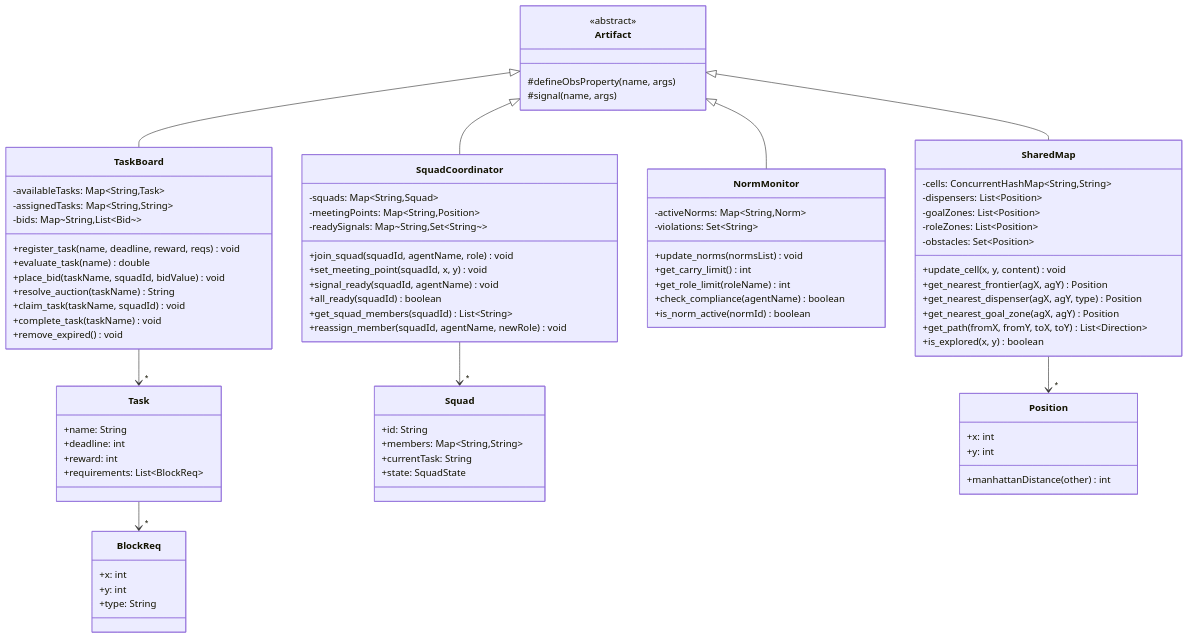
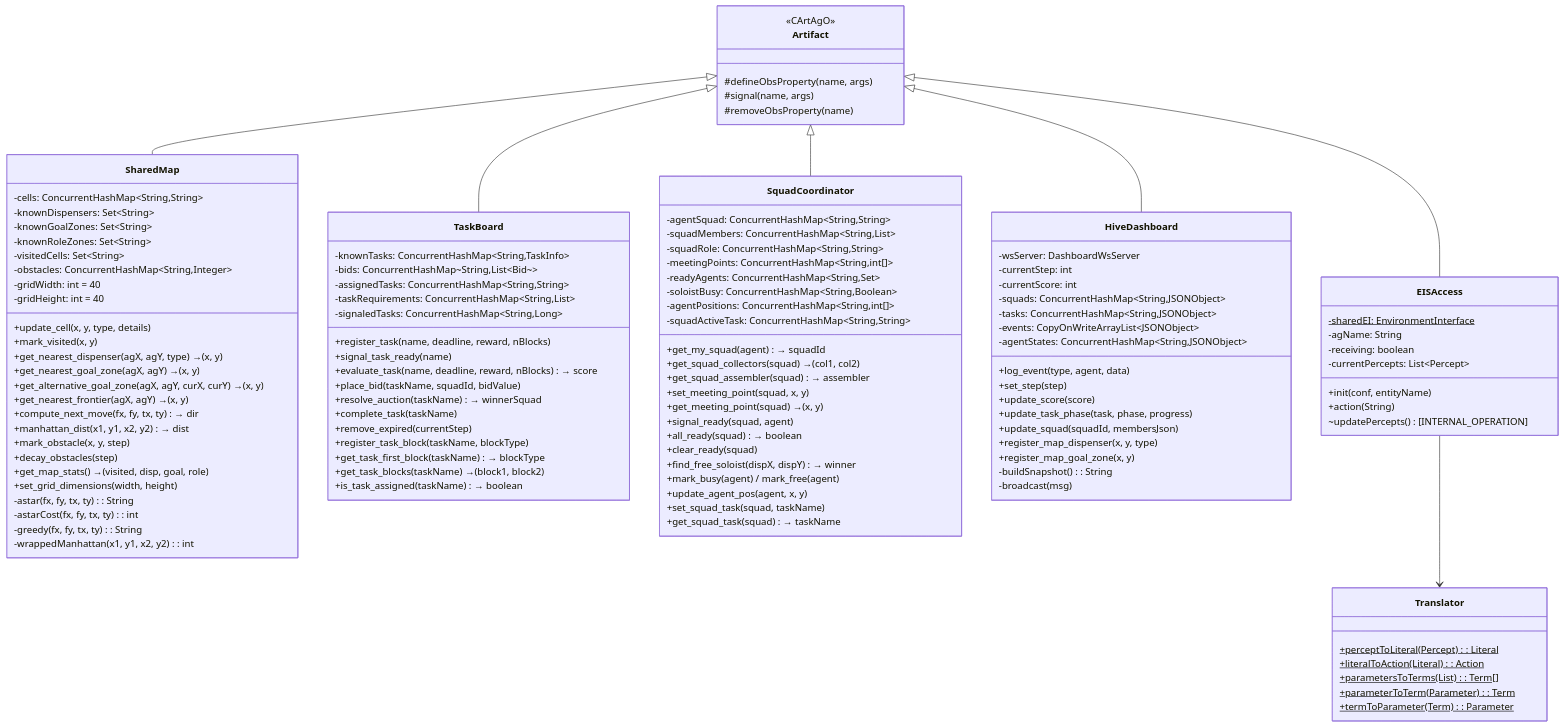
The fifth of 19 diagrams in doc/ARCH.md (MarceloNG/PCS5703-MAS-HIVE), drawn with Mermaid before and after one commit. The commit also changed other lines of this file and 33 other files, not shown here.

````diff
--- a/doc/ARCH.md
+++ b/doc/ARCH.md
@@ -168,93 +171,123 @@
 ```mermaid
 classDiagram
     class Artifact {
-        <<abstract>>
+        <<CArtAgO>>
         #defineObsProperty(name, args)
         #signal(name, args)
+        #removeObsProperty(name)
     }
 
     class SharedMap {
         -cells: ConcurrentHashMap~String,String~
-        -dispensers: List~Position~
-        -goalZones: List~Position~
-        -roleZones: List~Position~
-        -obstacles: Set~Position~
-        +update_cell(x, y, content) void
-        +get_nearest_frontier(agX, agY) Position
-        +get_nearest_dispenser(agX, agY, type) Position
-        +get_nearest_goal_zone(agX, agY) Position
-        +get_path(fromX, fromY, toX, toY) List~Direction~
-        +is_explored(x, y) boolean
+        -knownDispensers: Set~String~
+        -knownGoalZones: Set~String~
+        -knownRoleZones: Set~String~
+        -visitedCells: Set~String~
+        -obstacles: ConcurrentHashMap~String,Integer~
+        -gridWidth: int = 40
+        -gridHeight: int = 40
+        +update_cell(x, y, type, details)
+        +mark_visited(x, y)
+        +get_nearest_dispenser(agX, agY, type) → (x, y)
+        +get_nearest_goal_zone(agX, agY) → (x, y)
+        +get_alternative_goal_zone(agX, agY, curX, curY) → (x, y)
+        +get_nearest_frontier(agX, agY) → (x, y)
+        +compute_next_move(fx, fy, tx, ty) → dir
+        +manhattan_dist(x1, y1, x2, y2) → dist
+        +mark_obstacle(x, y, step)
+        +decay_obstacles(step)
+        +get_map_stats() → (visited, disp, goal, role)
+        +set_grid_dimensions(width, height)
+        -astar(fx, fy, tx, ty): String
+        -astarCost(fx, fy, tx, ty): int
+        -greedy(fx, fy, tx, ty): String
+        -wrappedManhattan(x1, y1, x2, y2): int
     }
 
     class TaskBoard {
-        -availableTasks: Map~String,Task~
-        -assignedTasks: Map~String,String~
-        -bids: Map~String,List~Bid~~
-        +register_task(name, deadline, reward, reqs) void
-        +evaluate_task(name) double
-        +place_bid(taskName, squadId, bidValue) void
-        +resolve_auction(taskName) String
-        +claim_task(taskName, squadId) void
-        +complete_task(taskName) void
-        +remove_expired() void
-    }
-
-    class NormMonitor {
-        -activeNorms: Map~String,Norm~
-        -violations: Set~String~
-        +update_norms(normsList) void
-        +get_carry_limit() int
-        +get_role_limit(roleName) int
-        +check_compliance(agentName) boolean
-        +is_norm_active(normId) boolean
+        -knownTasks: ConcurrentHashMap~String,TaskInfo~
+        -bids: ConcurrentHashMap~String,List~Bid~~
+        -assignedTasks: ConcurrentHashMap~String,String~
+        -taskRequirements: ConcurrentHashMap~String,List~
+        -signaledTasks: ConcurrentHashMap~String,Long~
+        +register_task(name, deadline, reward, nBlocks)
+        +signal_task_ready(name)
+        +evaluate_task(name, deadline, reward, nBlocks) → score
+        +place_bid(taskName, squadId, bidValue)
+        +resolve_auction(taskName) → winnerSquad
+        +complete_task(taskName)
+        +remove_expired(currentStep)
+        +register_task_block(taskName, blockType)
+        +get_task_first_block(taskName) → blockType
+        +get_task_blocks(taskName) → (block1, block2)
+        +is_task_assigned(taskName) → boolean
     }
 
     class SquadCoordinator {
-        -squads: Map~String,Squad~
-        -meetingPoints: Map~String,Position~
-        -readySignals: Map~String,Set~String~~
-        +join_squad(squadId, agentName, role) void
-        +set_meeting_point(squadId, x, y) void
-        +signal_ready(squadId, agentName) void
-        +all_ready(squadId) boolean
-        +get_squad_members(squadId) List~String~
-        +reassign_member(squadId, agentName, newRole) void
+        -agentSquad: ConcurrentHashMap~String,String~
+        -squadMembers: ConcurrentHashMap~String,List~
+        -squadRole: ConcurrentHashMap~String,String~
+        -meetingPoints: ConcurrentHashMap~String,int[]~
+        -readyAgents: ConcurrentHashMap~String,Set~
+        -soloistBusy: ConcurrentHashMap~String,Boolean~
+        -agentPositions: ConcurrentHashMap~String,int[]~
+        -squadActiveTask: ConcurrentHashMap~String,String~
+        +get_my_squad(agent) → squadId
+        +get_squad_collectors(squad) → (col1, col2)
+        +get_squad_assembler(squad) → assembler
+        +set_meeting_point(squad, x, y)
+        +get_meeting_point(squad) → (x, y)
+        +signal_ready(squad, agent)
+        +all_ready(squad) → boolean
+        +clear_ready(squad)
+        +find_free_soloist(dispX, dispY) → winner
+        +mark_busy(agent) / mark_free(agent)
+        +update_agent_pos(agent, x, y)
+        +set_squad_task(squad, taskName)
+        +get_squad_task(squad) → taskName
     }
 
-    class Task {
-        +name: String
-        +deadline: int
-        +reward: int
-        +requirements: List~BlockReq~
+    class HiveDashboard {
+        -wsServer: DashboardWsServer
+        -currentStep: int
+        -currentScore: int
+        -squads: ConcurrentHashMap~String,JSONObject~
+        -tasks: ConcurrentHashMap~String,JSONObject~
+        -events: CopyOnWriteArrayList~JSONObject~
+        -agentStates: ConcurrentHashMap~String,JSONObject~
+        +log_event(type, agent, data)
+        +set_step(step)
+        +update_score(score)
+        +update_task_phase(task, phase, progress)
+        +update_squad(squadId, membersJson)
+        +register_map_dispenser(x, y, type)
+        +register_map_goal_zone(x, y)
+        -buildSnapshot(): String
+        -broadcast(msg)
     }
 
-    class BlockReq {
-        +x: int
-        +y: int
-        +type: String
+    class EISAccess {
+        -sharedEI: EnvironmentInterface$
+        -agName: String
+        -receiving: boolean
+        -currentPercepts: List~Percept~
+        +init(conf, entityName)
+        +action(String)
+        ~updatePercepts() [INTERNAL_OPERATION]
     }
 
-    class Squad {
-        +id: String
-        +members: Map~String,String~
-        +currentTask: String
-        +state: SquadState
-    }
-
-    class Position {
-        +x: int
-        +y: int
-        +manhattanDistance(other) int
+    class Translator {
+        +perceptToLiteral(Percept): Literal$
+        +literalToAction(Literal): Action$
+        +parametersToTerms(List): Term[]$
+        +parameterToTerm(Parameter): Term$
+        +termToParameter(Term): Parameter$
     }
 
     Artifact <|-- SharedMap
     Artifact <|-- TaskBoard
-    Artifact <|-- NormMonitor
     Artifact <|-- SquadCoordinator
-
-    TaskBoard --> "*" Task
-    Task --> "*" BlockReq
-    SquadCoordinator --> "*" Squad
-    SharedMap --> "*" Position
+    Artifact <|-- HiveDashboard
+    Artifact <|-- EISAccess
+    EISAccess --> Translator
 ```
````
